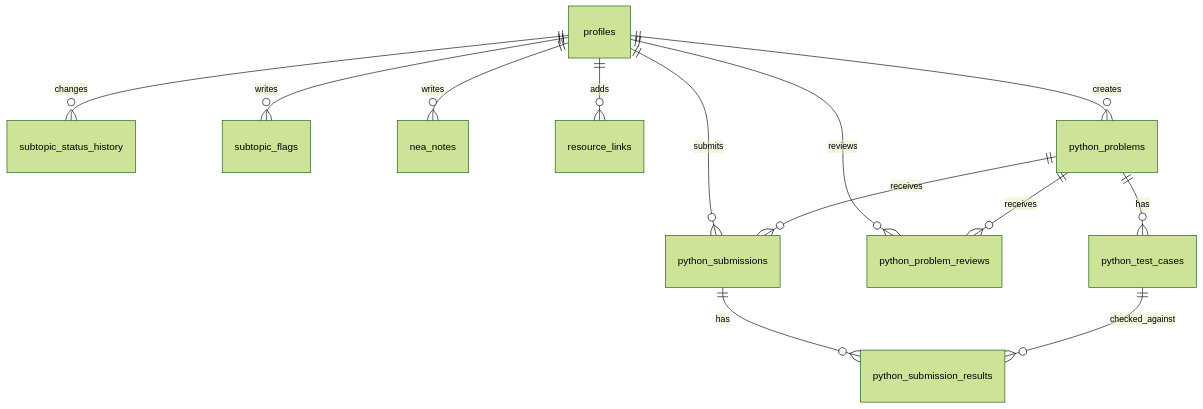
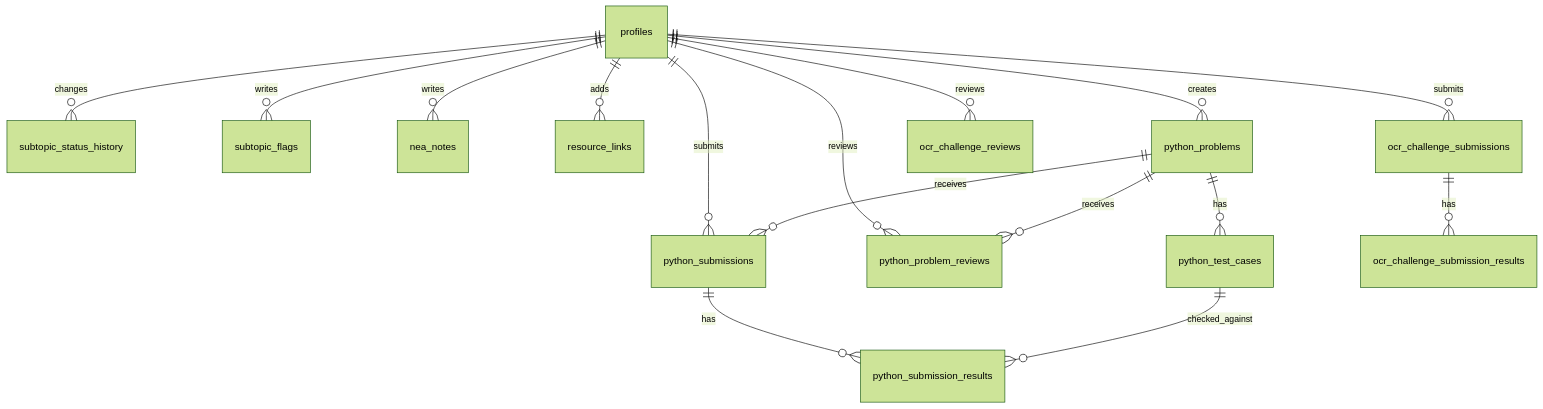
Before and after one commit to tutejavivek01/ALevel-CS: the second of 3 diagrams in steering/design.md, drawn with Mermaid (forest theme). The commit also changed other lines of this file and 2 other files, not shown here.

````diff
--- a/steering/design.md
+++ b/steering/design.md
@@ -47,15 +47,18 @@
 ```mermaid
 erDiagram
     profiles ||--o{ subtopic_status_history : changes
     profiles ||--o{ subtopic_flags : writes
     profiles ||--o{ nea_notes : writes
     profiles ||--o{ resource_links : adds
     profiles ||--o{ python_problems : creates
     profiles ||--o{ python_submissions : submits
     profiles ||--o{ python_problem_reviews : reviews
     python_problems ||--o{ python_test_cases : has
     python_problems ||--o{ python_submissions : receives
     python_problems ||--o{ python_problem_reviews : receives
     python_submissions ||--o{ python_submission_results : has
     python_test_cases ||--o{ python_submission_results : checked_against
+    profiles ||--o{ ocr_challenge_submissions : submits
+    profiles ||--o{ ocr_challenge_reviews : reviews
+    ocr_challenge_submissions ||--o{ ocr_challenge_submission_results : has
 ```
````
